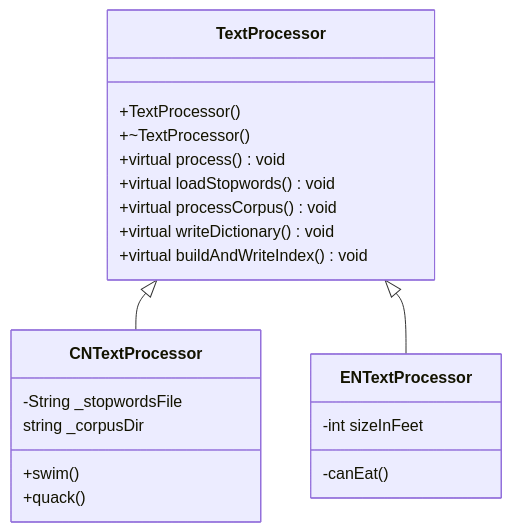
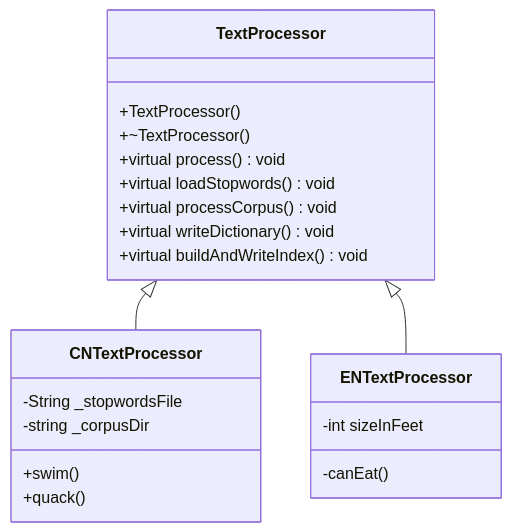
One commit to Jason-DancingBoy/iodraw-files changed the diagram in all/未命名-1.md. Above: the diagram before and after it, drawn with Mermaid.

Commit message:
2026-01-02 21:06:04 update

````diff
--- a/all/未命名-1.md
+++ b/all/未命名-1.md
@@ -1,26 +1,26 @@
 ```mermaid
 classDiagram
     TextProcessor <|-- CNTextProcessor
     TextProcessor <|-- ENTextProcessor
     TextProcessor: +TextProcessor()
     TextProcessor: +~TextProcessor()
     TextProcessor: +virtual process() void
     TextProcessor: +virtual loadStopwords() void 
     TextProcessor: +virtual processCorpus() void
     TextProcessor: +virtual writeDictionary() void
     TextProcessor: +virtual buildAndWriteIndex() void
     class CNTextProcessor{
       -String _stopwordsFile
-        string _corpusDir
+      -string _corpusDir
       +swim()
       +quack()
     }
     class ENTextProcessor{
       -int sizeInFeet
       -canEat()
     }
     %%  string _stopwordsFile; // 存放停用词文件名
     %%  string _corpusDir; // 存放语料库目录
     %%  unordered_set<string> _stopwords; // 用来存放停用词
     %%  map<string, int> _wordFreq;
 ```
````
